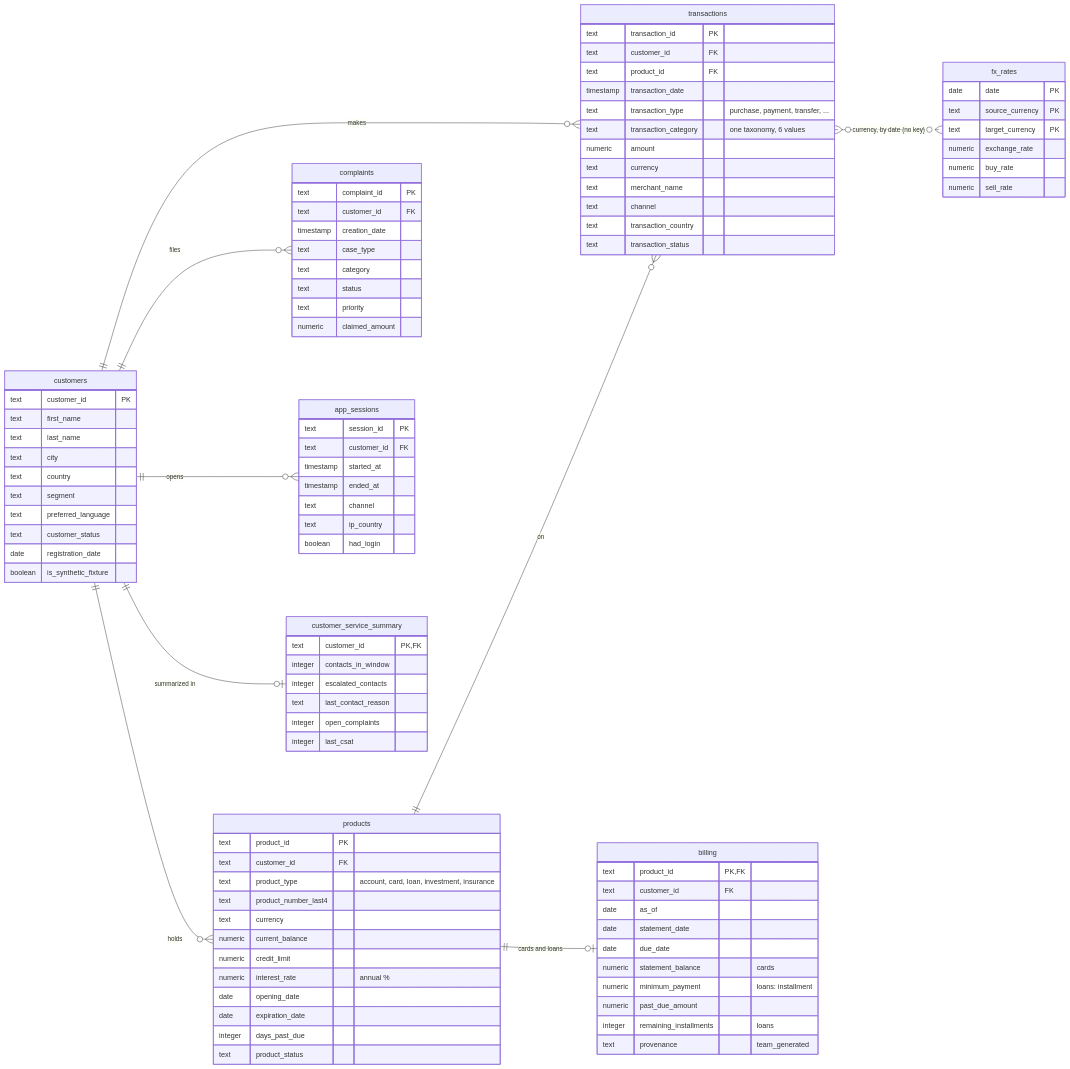
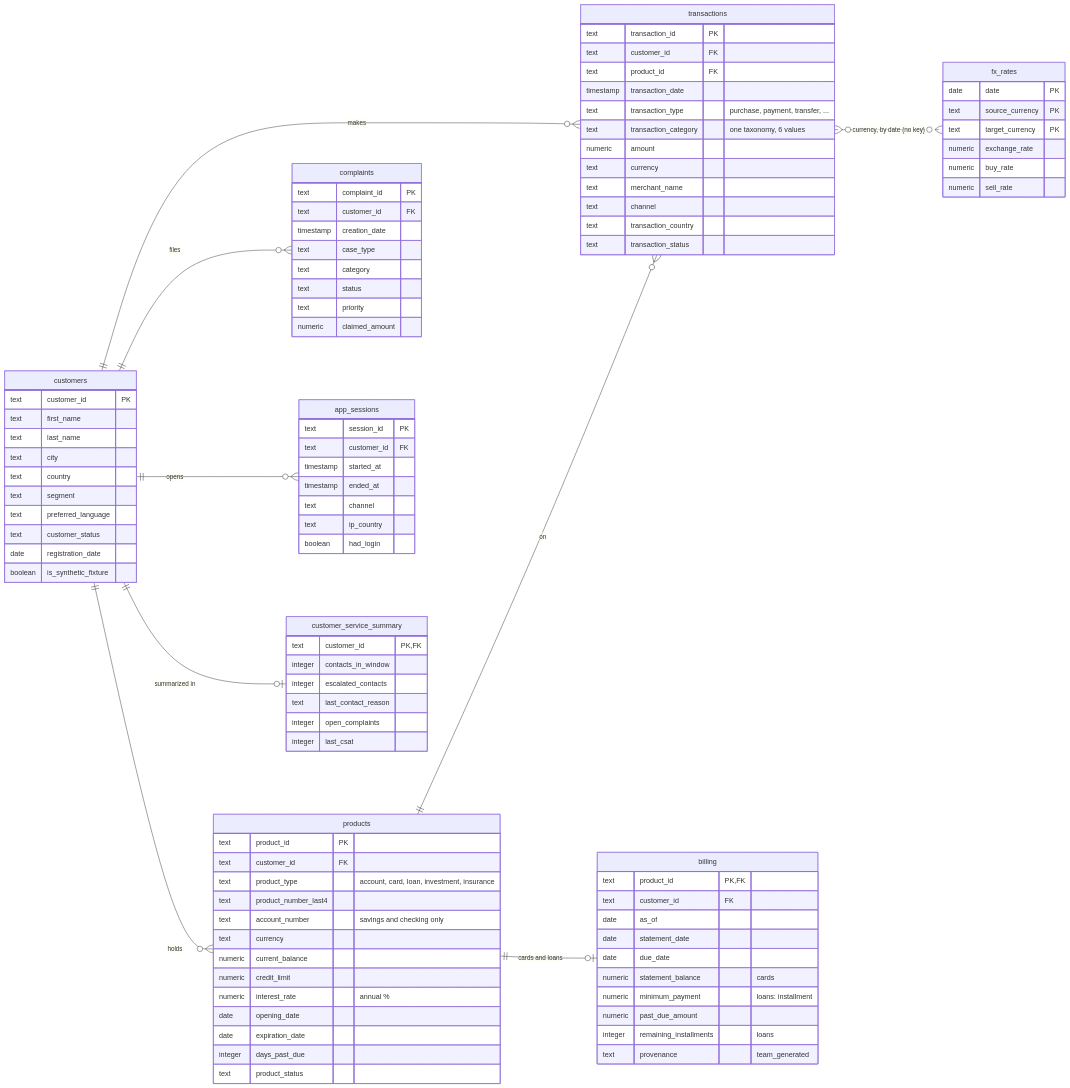
The diagram in docs/documentation/technical/diagrams/data_model.mmd (CristianLazoQuispe/factored-hackathon-2026-team-primos), drawn with Mermaid before and after one commit. The commit also changed 6 other files, not shown here.

```diff
--- a/docs/documentation/technical/diagrams/data_model.mmd
+++ b/docs/documentation/technical/diagrams/data_model.mmd
@@ -1,101 +1,102 @@
 %% Data model of the `core` schema in Postgres (local) and Cloud SQL: the same tables in both.
 %% Only the columns the tools read are shown; the full definition is in schema.sql.
 %% Edit this file, then run `make diagrams` to regenerate data_model.svg / data_model.png.
 erDiagram
     direction LR
     fx_rates {
         date date PK
         text source_currency PK
         text target_currency PK
         numeric exchange_rate
         numeric buy_rate
         numeric sell_rate
     }
     customers ||--o{ products : "holds"
     customers ||--o{ transactions : "makes"
     products ||--o{ transactions : "on"
     products ||--o| billing : "cards and loans"
     customers ||--o{ complaints : "files"
     customers ||--o{ app_sessions : "opens"
     customers ||--o| customer_service_summary : "summarized in"
     transactions }o..o{ fx_rates : "currency, by date (no key)"
 
     customers {
         text customer_id PK
         text first_name
         text last_name
         text city
         text country
         text segment
         text preferred_language
         text customer_status
         date registration_date
         boolean is_synthetic_fixture
     }
     products {
         text product_id PK
         text customer_id FK
         text product_type "account, card, loan, investment, insurance"
         text product_number_last4
+        text account_number "savings and checking only"
         text currency
         numeric current_balance
         numeric credit_limit
         numeric interest_rate "annual %"
         date opening_date
         date expiration_date
         integer days_past_due
         text product_status
     }
     transactions {
         text transaction_id PK
         text customer_id FK
         text product_id FK
         timestamp transaction_date
         text transaction_type "purchase, payment, transfer, ..."
         text transaction_category "one taxonomy, 6 values"
         numeric amount
         text currency
         text merchant_name
         text channel
         text transaction_country
         text transaction_status
     }
     billing {
         text product_id PK, FK
         text customer_id FK
         date as_of
         date statement_date
         date due_date
         numeric statement_balance "cards"
         numeric minimum_payment "loans: installment"
         numeric past_due_amount
         integer remaining_installments "loans"
         text provenance "team_generated"
     }
     complaints {
         text complaint_id PK
         text customer_id FK
         timestamp creation_date
         text case_type
         text category
         text status
         text priority
         numeric claimed_amount
     }
     app_sessions {
         text session_id PK
         text customer_id FK
         timestamp started_at
         timestamp ended_at
         text channel
         text ip_country
         boolean had_login
     }
     customer_service_summary {
         text customer_id PK, FK
         integer contacts_in_window
         integer escalated_contacts
         text last_contact_reason
         integer open_complaints
         integer last_csat
     }
```
